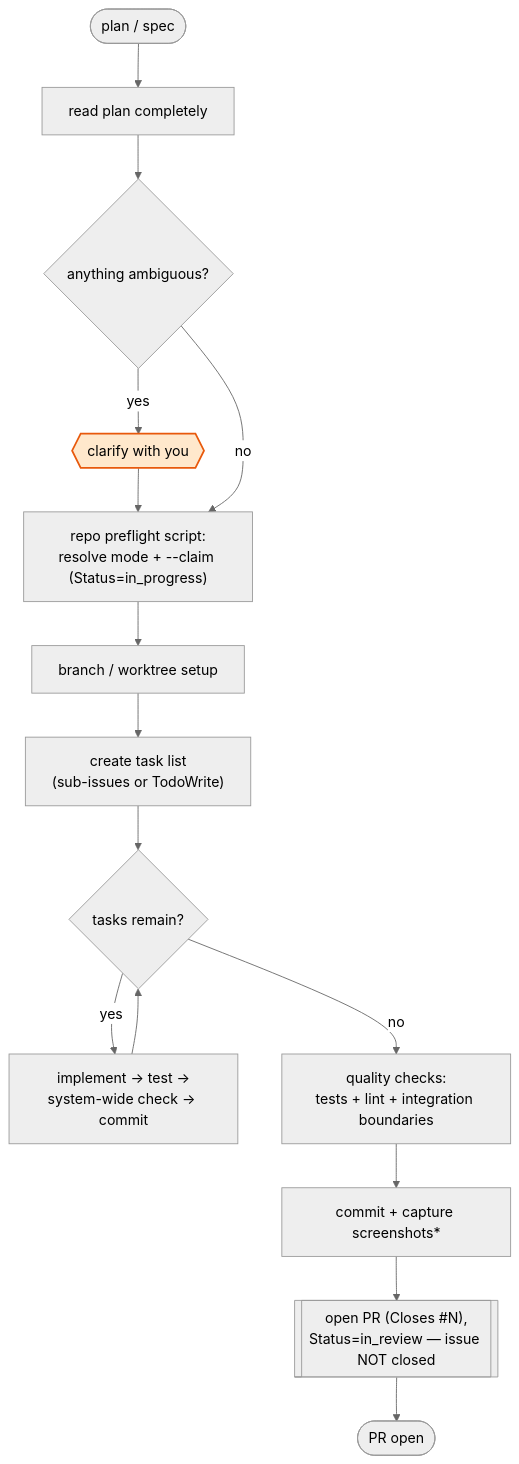
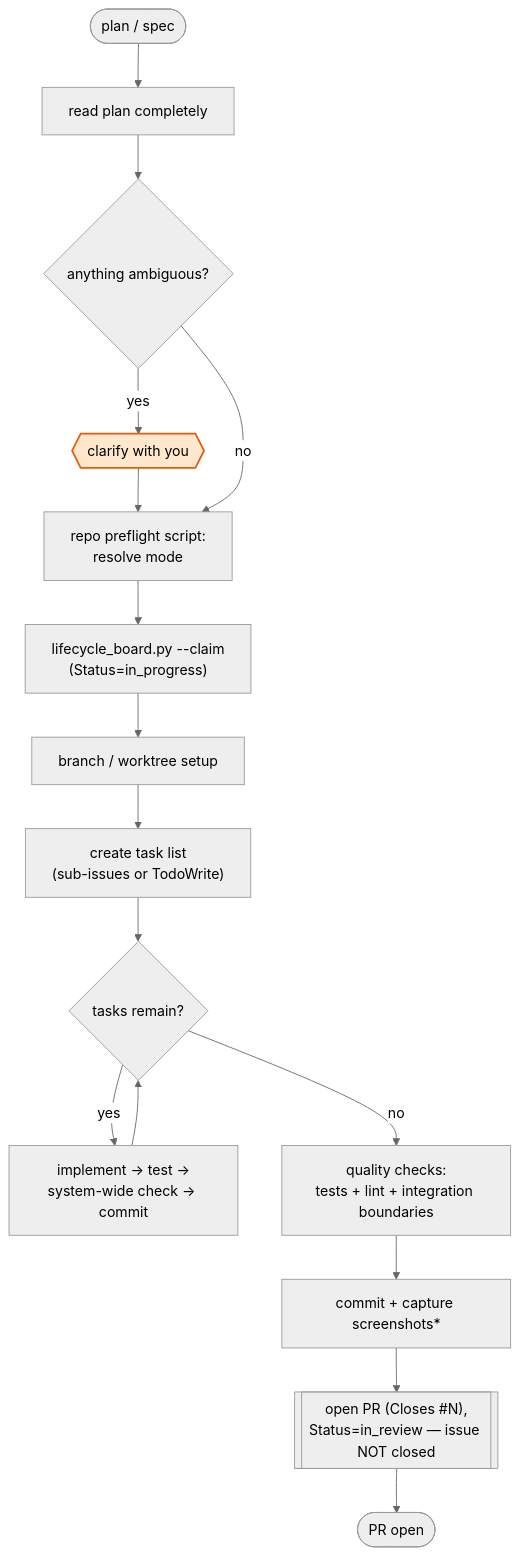
The seventh of 11 diagrams in plugins/agentic-engineering/FLOWS.md (Life-With-Data/agentic-engineering), drawn with Mermaid (neutral theme) before and after one commit. The commit also changed other lines of this file and 22 other files, not shown here.

First line of the commit message:
fix(lifecycle): resolve all 5-agent review findings — 4 P1s, hook hardening, fixture-replay tests (#39)

````diff
--- a/plugins/agentic-engineering/FLOWS.md
+++ b/plugins/agentic-engineering/FLOWS.md
@@ -228,20 +231,21 @@
 ```mermaid
 flowchart TD
     start([plan / spec]) --> readplan["read plan completely"]
     readplan --> clar{"anything ambiguous?"}
     clar -->|yes| ask{{"clarify with you"}}
     ask --> preflight
-    clar -->|no| preflight["repo preflight script:<br/>resolve mode + --claim (Status=in_progress)"]
-    preflight --> branch["branch / worktree setup"]
+    clar -->|no| preflight["repo preflight script:<br/>resolve mode"]
+    preflight --> claim["lifecycle_board.py --claim<br/>(Status=in_progress)"]
+    claim --> branch["branch / worktree setup"]
     branch --> tasks["create task list<br/>(sub-issues or TodoWrite)"]
     tasks --> loop{"tasks remain?"}
     loop -->|yes| impl["implement → test →<br/>system-wide check → commit"]
     impl --> loop
     loop -->|no| quality["quality checks:<br/>tests + lint + integration boundaries"]
     quality --> ship["commit + capture screenshots*"]
     ship --> pr[["open PR (Closes #N),<br/>Status=in_review — issue NOT closed"]]
     pr --> done([PR open])
 
     classDef gate fill:#ffe8cc,stroke:#e8590c,stroke-width:2px;
     class ask gate
 ```
````
